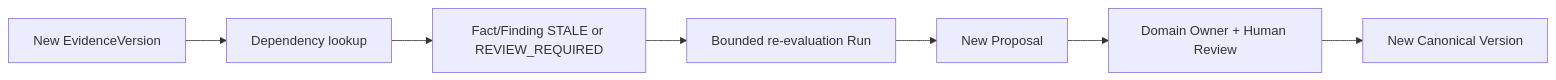
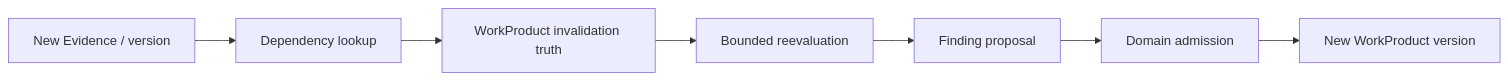
One commit to ProfessorZhi/Zuno changed the sixth of 14 diagrams in docs/architecture/architecture-views.md. Above: the diagram before and after it, drawn with Mermaid. The commit also changed other lines of this file and 14 other files, not shown here.

Commit message:
docs: apply round 02 architecture revision

````diff
--- a/docs/architecture/architecture-views.md
+++ b/docs/architecture/architecture-views.md
@@ -122,9 +102,9 @@
 ```mermaid
 flowchart LR
-  NEW[New EvidenceVersion] --> DEP[Dependency lookup]
-  DEP --> STALE[Fact/Finding STALE or REVIEW_REQUIRED]
-  STALE --> RUN[Bounded re-evaluation Run]
-  RUN --> PROPOSAL[New Proposal]
-  PROPOSAL --> OWNER[Domain Owner + Human Review]
-  OWNER --> COMMIT[New Canonical Version]
+  NEW[New Evidence / version] --> DEP[Dependency lookup]
+  DEP --> STALE[WorkProduct invalidation truth]
+  STALE --> RUN[Bounded reevaluation]
+  RUN --> PROPOSAL[Finding proposal]
+  PROPOSAL --> ADMIT[Domain admission]
+  ADMIT --> VERSION[New WorkProduct version]
 ```
````
